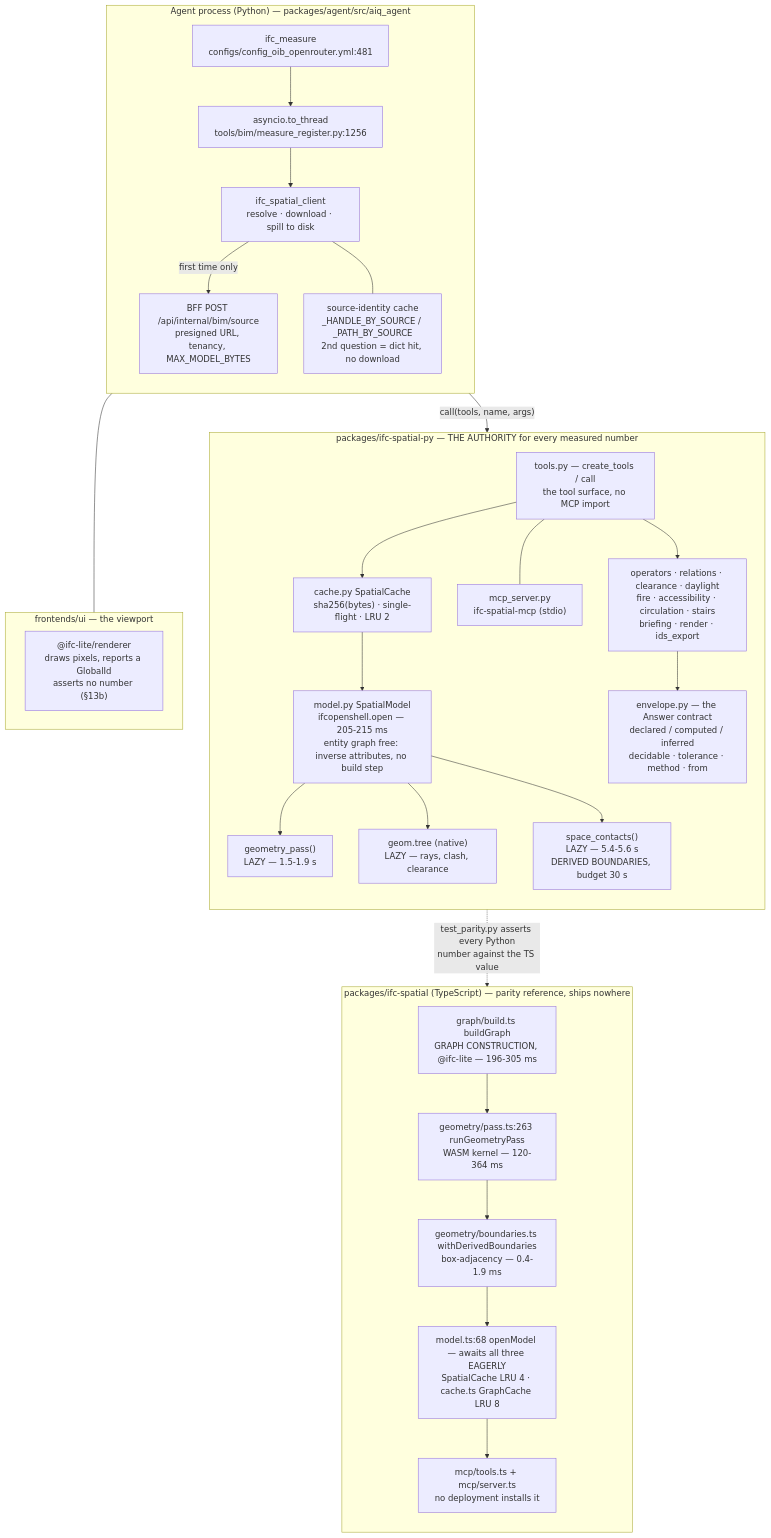
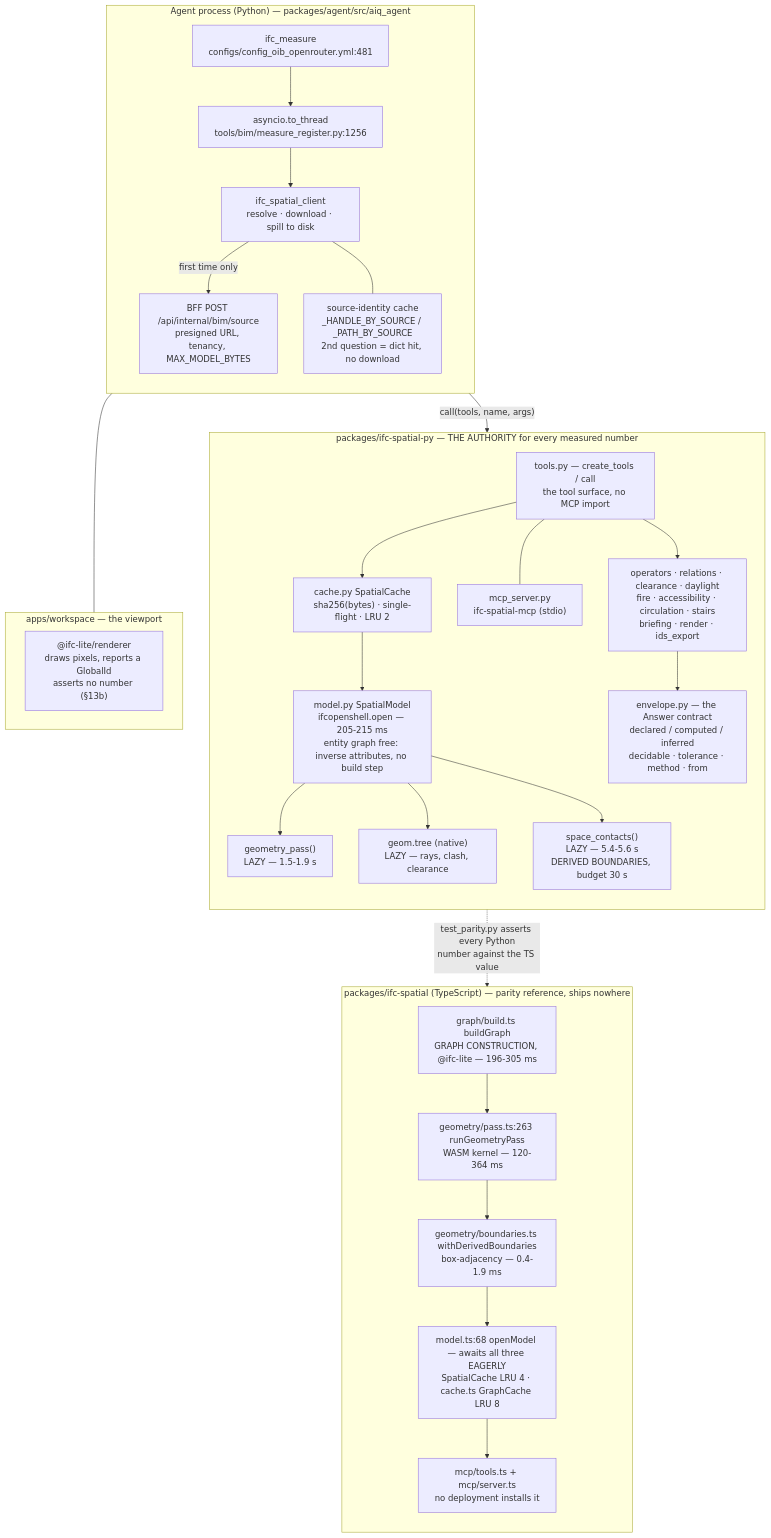
The diagram in docs/roadmap/agent-spatial-reasoning.md (archos-at/archos), drawn with Mermaid before and after one commit. The commit also changed other lines of this file and 5983 other files, not shown here.

First line of the commit message:
refactor: move frontends/ui to apps/workspace (ADR-0145 row 9) (#1411)

````diff
--- a/docs/roadmap/agent-spatial-reasoning.md
+++ b/docs/roadmap/agent-spatial-reasoning.md
@@ -611,51 +611,51 @@
 ```mermaid
 flowchart TB
     subgraph AGENT["Agent process (Python) — packages/agent/src/aiq_agent"]
         direction TB
         A1["ifc_measure<br/>configs/config_oib_openrouter.yml:481"]
         A2["asyncio.to_thread<br/>tools/bim/measure_register.py:1256"]
         A3["ifc_spatial_client<br/>resolve · download · spill to disk"]
         A4["BFF POST /api/internal/bim/source<br/>presigned URL, tenancy, MAX_MODEL_BYTES"]
         A5["source-identity cache<br/>_HANDLE_BY_SOURCE / _PATH_BY_SOURCE<br/>2nd question = dict hit, no download"]
         A1 --> A2 --> A3
         A3 -->|"first time only"| A4
         A3 --- A5
     end
 
     subgraph PY["packages/ifc-spatial-py — THE AUTHORITY for every measured number"]
         direction TB
         P1["tools.py — create_tools / call<br/>the tool surface, no MCP import"]
         P2["mcp_server.py<br/>ifc-spatial-mcp (stdio)"]
         P3["cache.py SpatialCache<br/>sha256(bytes) · single-flight · LRU 2"]
         P4["model.py SpatialModel<br/>ifcopenshell.open — 205-215 ms<br/>entity graph free: inverse attributes, no build step"]
         P5["geometry_pass()<br/>LAZY — 1.5-1.9 s"]
         P6["geom.tree (native)<br/>LAZY — rays, clash, clearance"]
         P7["space_contacts()<br/>LAZY — 5.4-5.6 s<br/>DERIVED BOUNDARIES, budget 30 s"]
         P8["operators · relations · clearance · daylight<br/>fire · accessibility · circulation · stairs<br/>briefing · render · ids_export"]
         P9["envelope.py — the Answer contract<br/>declared / computed / inferred<br/>decidable · tolerance · method · from"]
         P1 --> P3 --> P4
         P1 --- P2
         P4 --> P5
         P4 --> P6
         P4 --> P7
         P1 --> P8 --> P9
     end
 
     subgraph TS["packages/ifc-spatial (TypeScript) — parity reference, ships nowhere"]
         direction TB
         T1["graph/build.ts buildGraph<br/>GRAPH CONSTRUCTION, @ifc-lite — 196-305 ms"]
         T2["geometry/pass.ts:263 runGeometryPass<br/>WASM kernel — 120-364 ms"]
         T3["geometry/boundaries.ts withDerivedBoundaries<br/>box-adjacency — 0.4-1.9 ms"]
         T4["model.ts:68 openModel — awaits all three EAGERLY<br/>SpatialCache LRU 4 · cache.ts GraphCache LRU 8"]
         T5["mcp/tools.ts + mcp/server.ts<br/>no deployment installs it"]
         T1 --> T2 --> T3 --> T4 --> T5
     end
 
-    subgraph UI["frontends/ui — the viewport"]
+    subgraph UI["apps/workspace — the viewport"]
         V1["@ifc-lite/renderer<br/>draws pixels, reports a GlobalId<br/>asserts no number (§13b)"]
     end
 
     A3 -->|"call(tools, name, args)"| P1
     P8 -.->|"test_parity.py asserts every Python<br/>number against the TS value"| T1
     A4 --- UI
 ```
````
